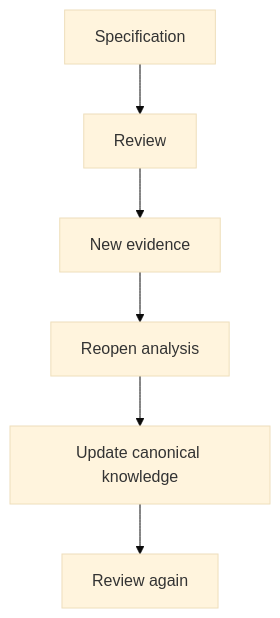
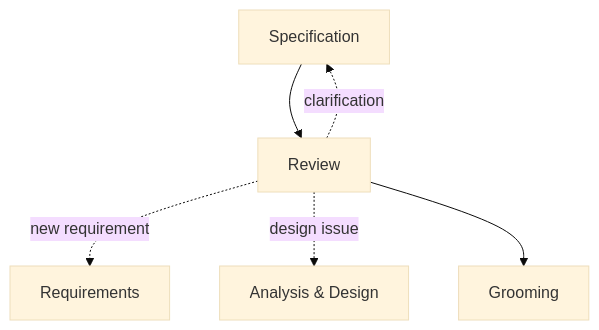
The diagram in 02-workflow/04-review/README.md (branch-danya-dev/ssad-methodology), drawn with Mermaid (base theme) before and after one commit. The commit also changed other lines of this file, not shown here.

Commit message:
Expand English review chapter for parity

````diff
--- a/02-workflow/04-review/README.md
+++ b/02-workflow/04-review/README.md
@@ -35,8 +63,8 @@
 ```mermaid
-graph TD
+flowchart TD
     S[Specification] --> R[Review]
-    R --> E[New evidence]
-    E --> A[Reopen analysis]
-    A --> U[Update canonical knowledge]
-    U --> R2[Review again]
+    R -. new requirement .-> Q[Requirements]
+    R -. design issue .-> A[Analysis & Design]
+    R -. clarification .-> S
+    R --> G[Grooming]
 ```
````
